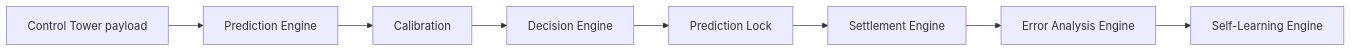
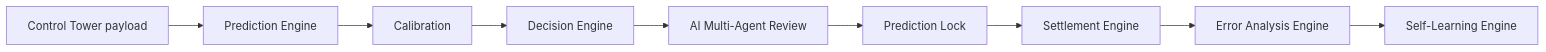
Before and after one commit to jvwknzn6p2-spec/sports-lab-model-plan.md: the first of 3 diagrams in handiedge_engine/README.md, drawn with Mermaid. The commit also changed other lines of this file and 24 other files, not shown here.

````diff
--- a/handiedge_engine/README.md
+++ b/handiedge_engine/README.md
@@ -31,10 +31,11 @@
 ```mermaid
 flowchart LR
   CT[Control Tower payload] --> PE[Prediction Engine]
   PE --> CAL[Calibration]
   CAL --> DE[Decision Engine]
-  DE --> LK[Prediction Lock]
+  DE --> AI[AI Multi-Agent Review]
+  AI --> LK[Prediction Lock]
   LK --> ST[Settlement Engine]
   ST --> EA[Error Analysis Engine]
   EA --> SL[Self-Learning Engine]
 ```
````
